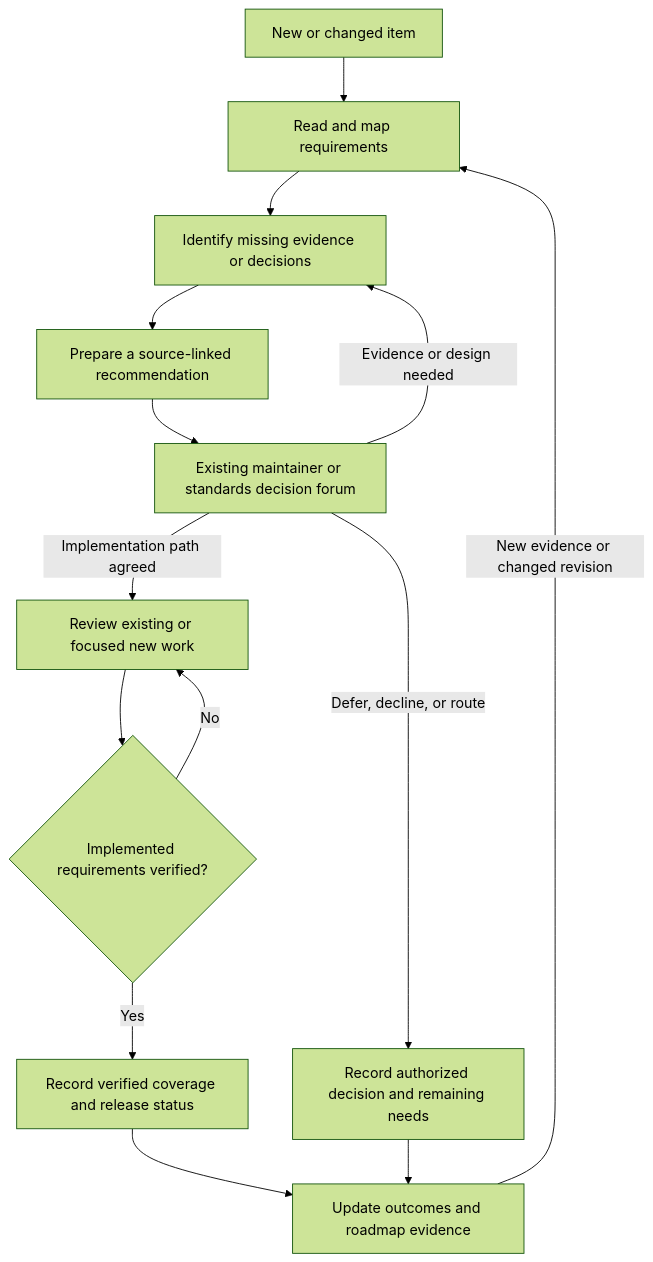
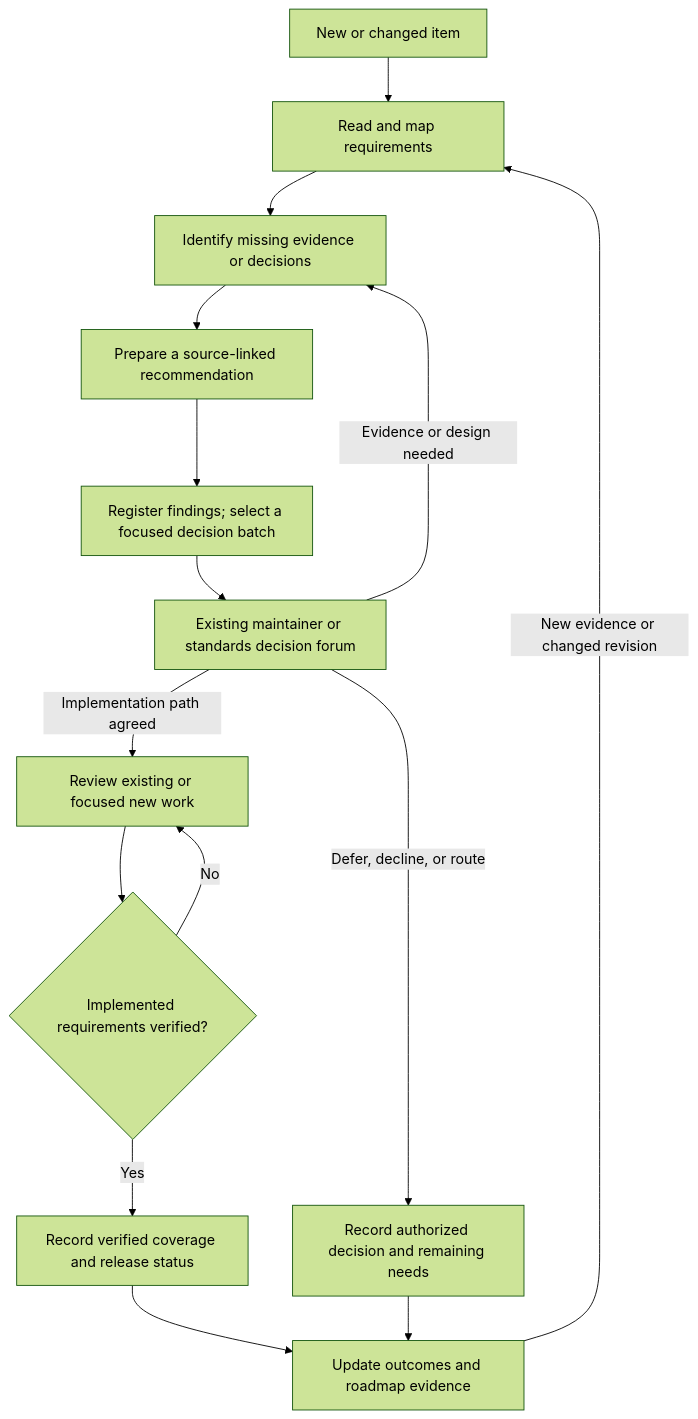
One commit to asluk/OpenUSD-proposals changed the diagram in proposals/community-triage/README.md. Above: the diagram before and after it, drawn with Mermaid (forest theme). The commit also changed other lines of this file and 2 other files, not shown here.

````diff
--- a/proposals/community-triage/README.md
+++ b/proposals/community-triage/README.md
@@ -131,16 +212,17 @@
 ```mermaid
 flowchart TD
     A["New or changed item"] --> B["Read and map requirements"]
     B --> C["Identify missing evidence or decisions"]
     C --> D["Prepare a source-linked recommendation"]
-    D --> E["Existing maintainer or standards decision forum"]
+    D --> Q["Register findings; select a focused decision batch"]
+    Q --> E["Existing maintainer or standards decision forum"]
     E -->|Evidence or design needed| C
     E -->|Implementation path agreed| F["Review existing or focused new work"]
     F --> G{"Implemented requirements verified?"}
     G -->|No| F
     G -->|Yes| H["Record verified coverage and release status"]
     E -->|Defer, decline, or route| I["Record authorized decision and remaining needs"]
     H --> J["Update outcomes and roadmap evidence"]
     I --> J
     J -->|New evidence or changed revision| B
 ```
````
